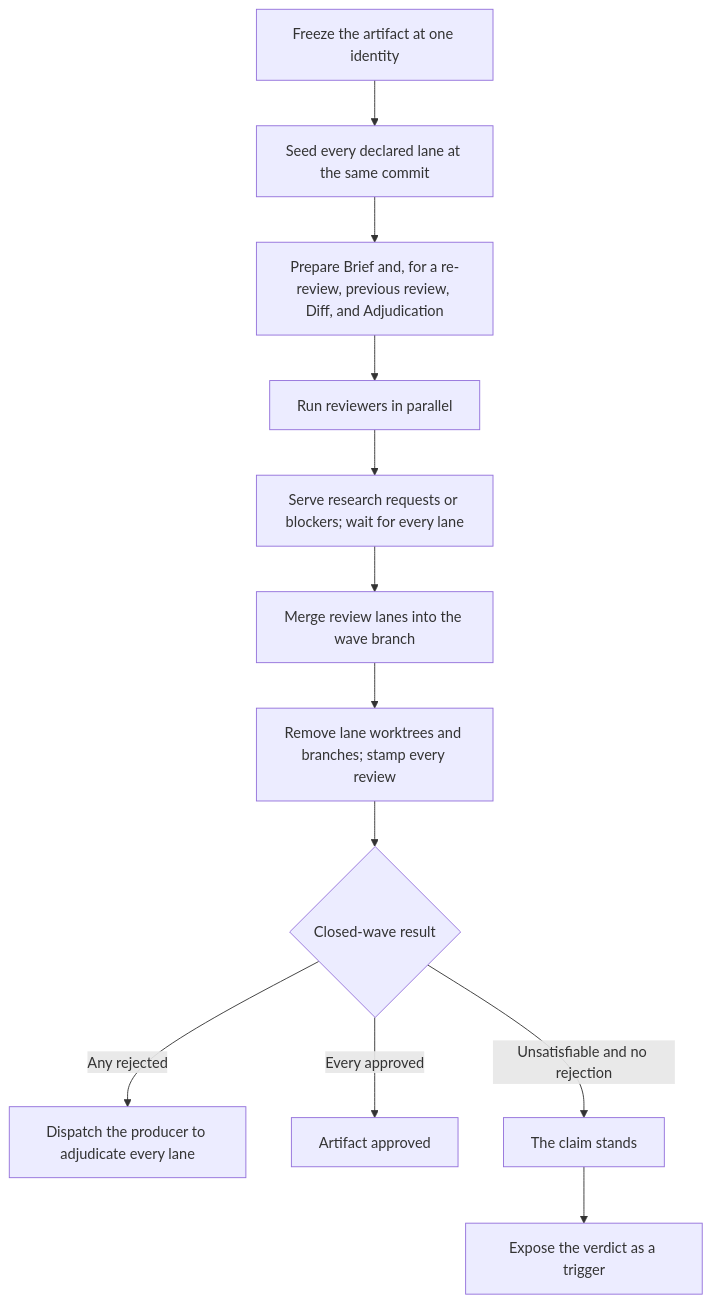
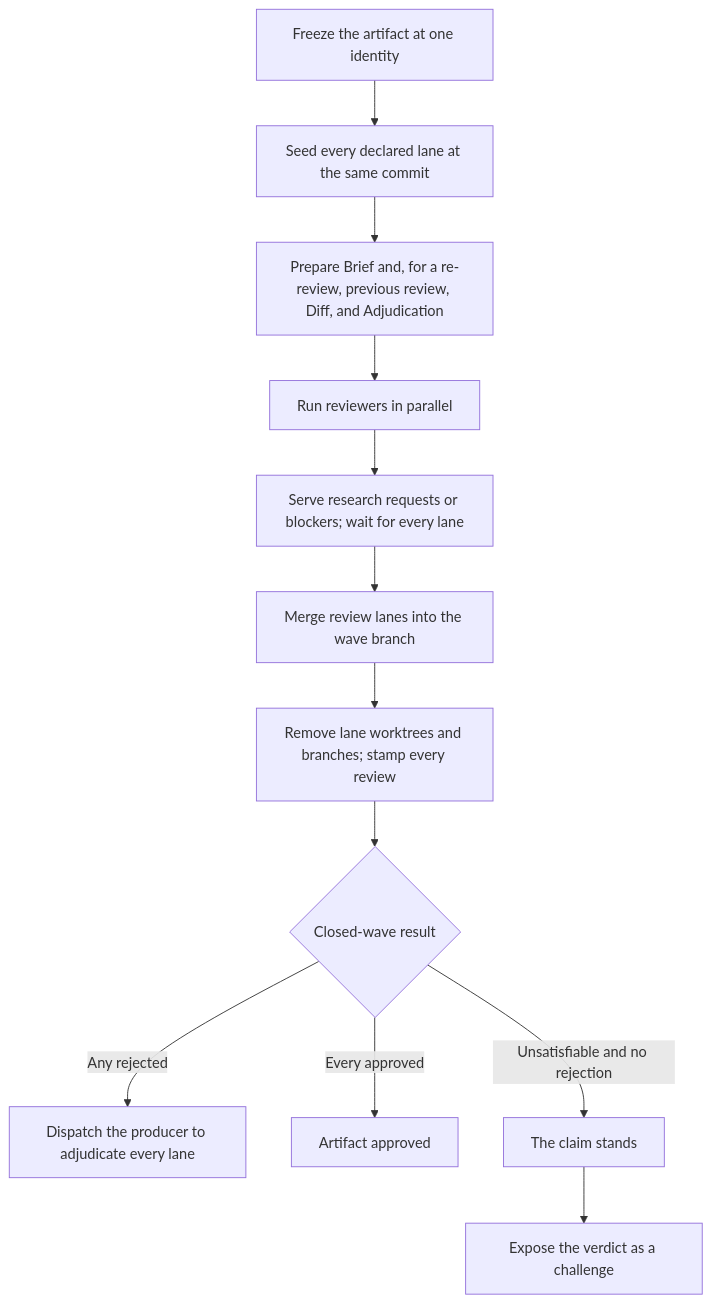
Before and after one commit to Automattic/radical-pipelines: the diagram in docs/flowcharts/review-wave.md, drawn with Mermaid. The commit also changed 47 other files, not shown here.

````diff
--- a/docs/flowcharts/review-wave.md
+++ b/docs/flowcharts/review-wave.md
@@ -5,14 +5,14 @@
 ```mermaid
 flowchart TD
     A["Freeze the artifact at one identity"] --> B["Seed every declared lane at the same commit"]
     B --> C["Prepare Brief and, for a re-review, previous review, Diff, and Adjudication"]
     C --> D["Run reviewers in parallel"]
     D --> E["Serve research requests or blockers; wait for every lane"]
     E --> L["Merge review lanes into the wave branch"]
     L --> M["Remove lane worktrees and branches; stamp every review"]
     M --> F{"Closed-wave result"}
     F -->|Any rejected| G["Dispatch the producer to adjudicate every lane"]
     F -->|Every approved| H["Artifact approved"]
     F -->|Unsatisfiable and no rejection| I["The claim stands"]
-    I --> J["Expose the verdict as a trigger"]
+    I --> J["Expose the verdict as a challenge"]
 ```
````
